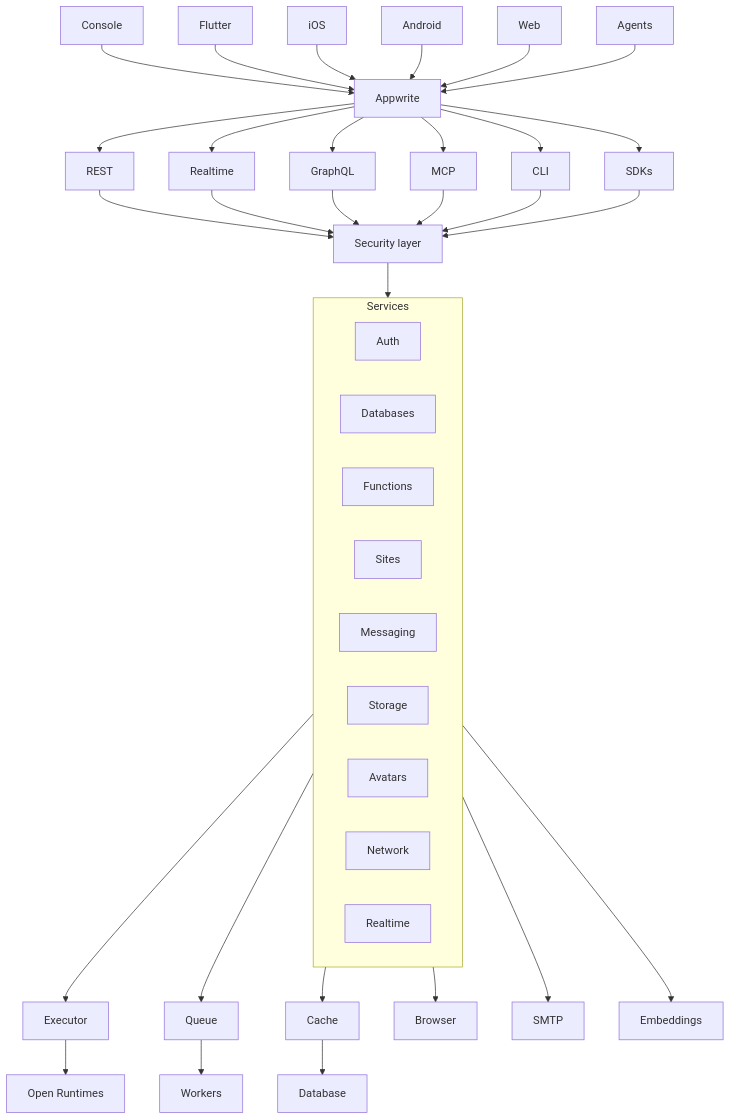
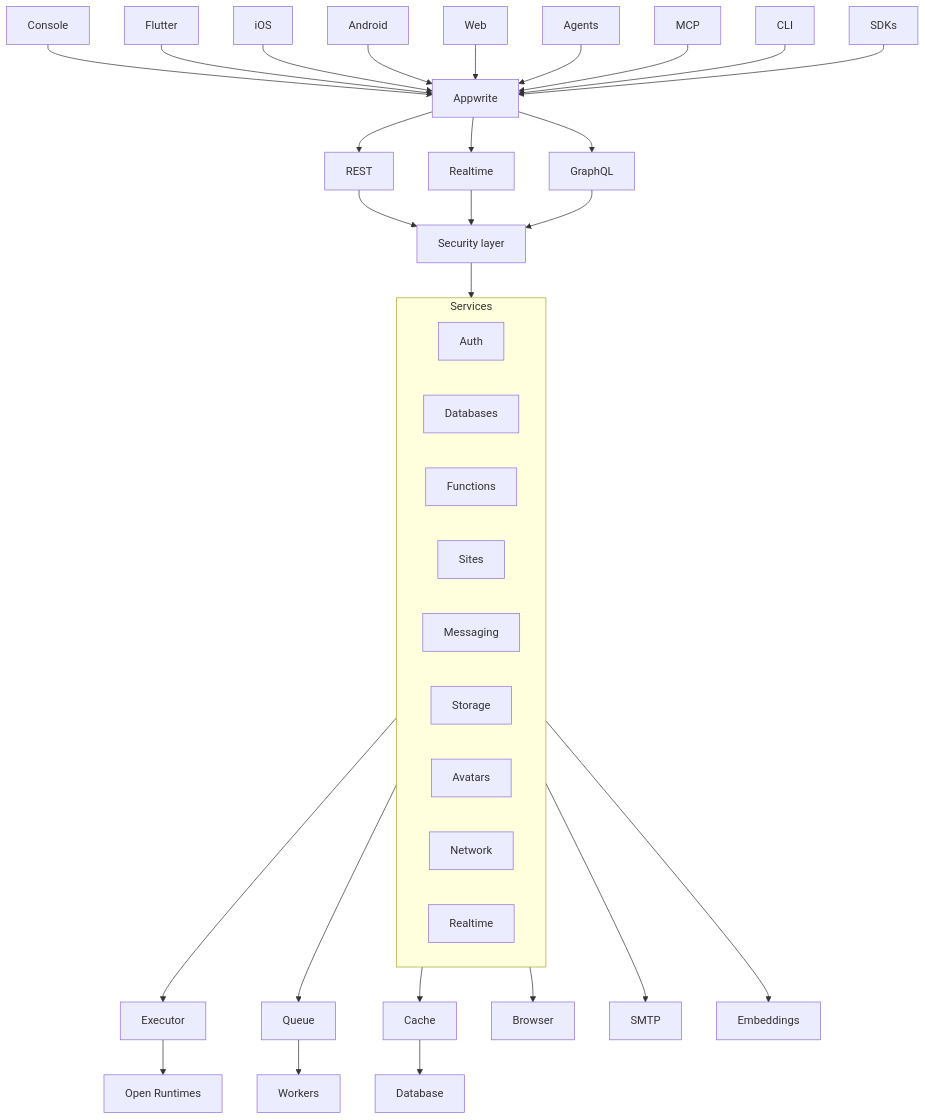
Before and after one commit to appwrite/appwrite: the diagram in README-CN.md, drawn with Mermaid. The commit also changed 1 other file, not shown here.

Commit message:
docs: move MCP, CLI, and SDKs to the client row

````diff
--- a/README-CN.md
+++ b/README-CN.md
@@ -215,22 +215,22 @@
 ```mermaid
 flowchart TB
-  Console & Flutter & iOS & Android & Web & Agents --> Appwrite
-  Appwrite --> REST & Realtime & GraphQL & MCP & CLI & SDKs
-  REST & Realtime & GraphQL & MCP & CLI & SDKs --> securityLayer[Security layer]
+  Console & Flutter & iOS & Android & Web & Agents & MCP & CLI & SDKs --> Appwrite
+  Appwrite --> REST & Realtime & GraphQL
+  REST & Realtime & GraphQL --> securityLayer[Security layer]
   securityLayer --> services
   subgraph services [Services]
     Auth
     Databases
     Functions
     Sites
     Messaging
     Storage
     Avatars
     Network
     productRealtime[Realtime]
   end
   services --> Executor & Queue & Cache & Browser & SMTP & Embeddings
   Cache --> Database
   Queue --> Workers
   Executor --> openRuntimes[Open Runtimes]
 ```
````
